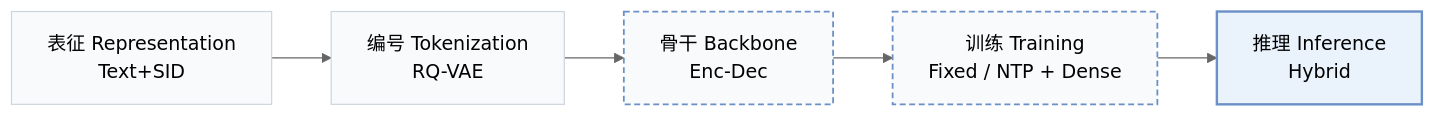
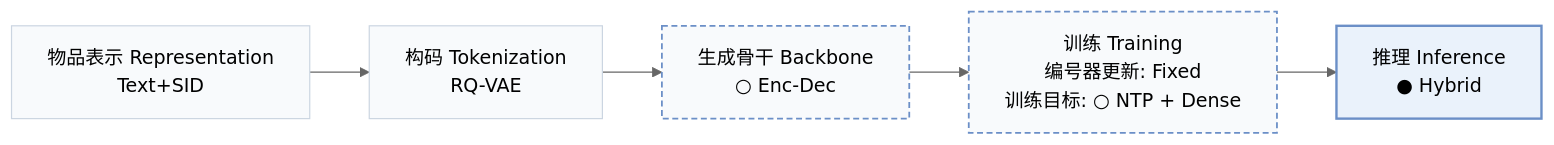
One commit to Galaxy-ghost/Awesome-SID-Generative-Rec changed the first of 3 diagrams in pages/zh/papers/liger.md. Above: the diagram before and after it, drawn with Mermaid (neutral theme). The commit also changed other lines of this file and 558 other files, not shown here.

````diff
--- a/pages/zh/papers/liger.md
+++ b/pages/zh/papers/liger.md
@@ -15,10 +19,10 @@
 ```mermaid
 flowchart LR
-    R["表征 Representation<br/>Text+SID"] --> T["编号 Tokenization<br/>RQ-VAE"] --> B["骨干 Backbone<br/>Enc-Dec"] --> TR["训练 Training<br/>Fixed / NTP + Dense"] --> I["推理 Inference<br/>Hybrid"]
+    R["物品表示 Representation<br/>Text+SID"] --> T["构码 Tokenization<br/>RQ-VAE"] --> B["生成骨干 Backbone<br/>○ Enc-Dec"] --> TR["训练 Training<br/>编号器更新: Fixed<br/>训练目标: ○ NTP + Dense"] --> I["推理 Inference<br/>● Hybrid"]
     classDef base fill:#f8fafc,stroke:#cbd5e1
     class R,T,B,TR,I base
-    classDef also fill:#f8fafc,stroke:#6b8fc7,stroke-width:1.5px,stroke-dasharray:5 3
-    class B,TR also
+    classDef other fill:#f8fafc,stroke:#6b8fc7,stroke-width:1.5px,stroke-dasharray:5 3
+    class B,TR other
     classDef main fill:#eaf2fb,stroke:#6b8fc7,stroke-width:2px
     class I main
 ```
````
